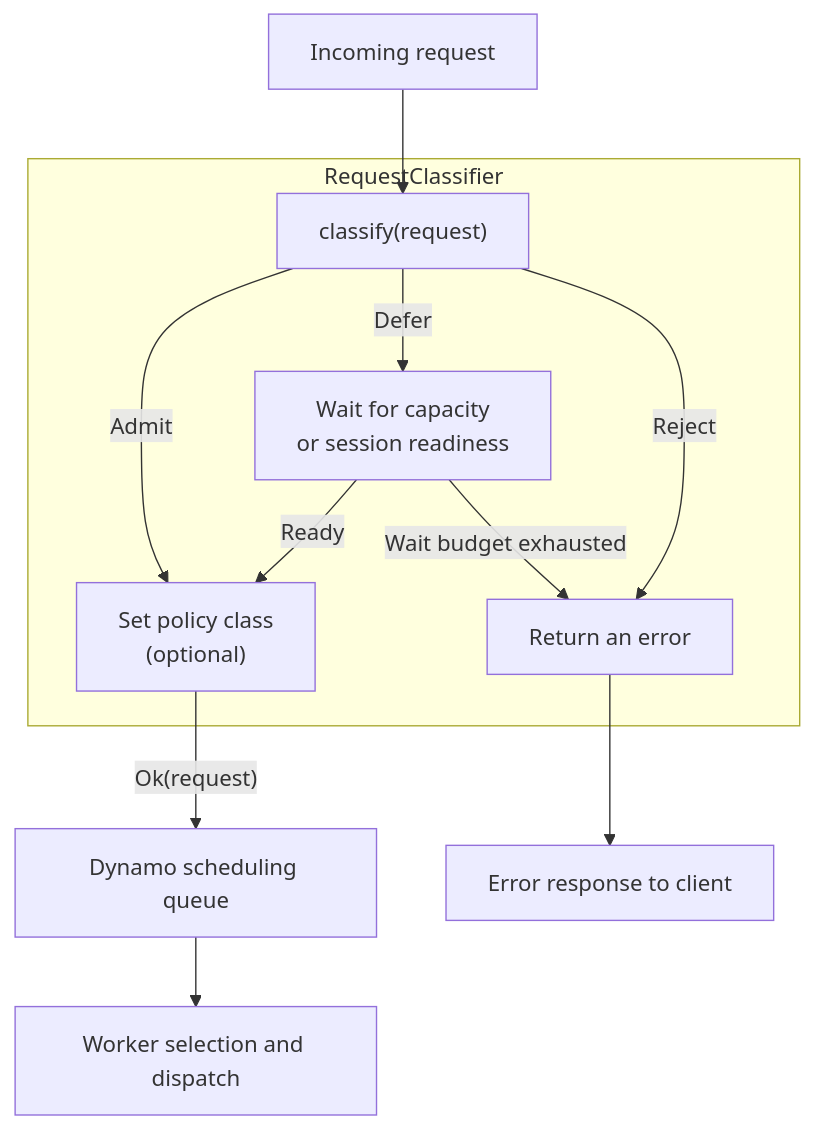
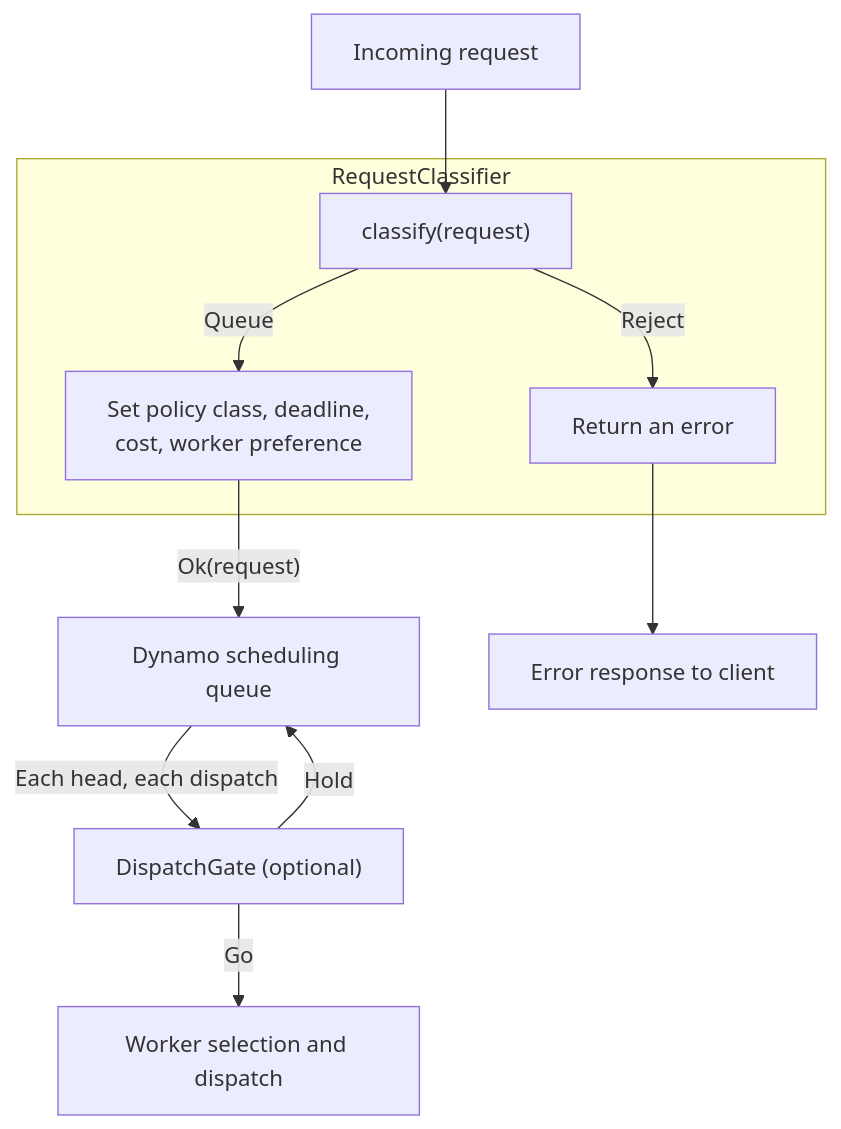
One commit to ai-dynamo/dynamo changed the diagram in docs/fern/pages/developer-guide/knowledge-base/modular-components/router/custom-admission-control.md. Above: the diagram before and after it, drawn with Mermaid. The commit also changed other lines of this file and 5 other files, not shown here.

First line of the commit message:
docs(router): dispatch gate, session lanes, and synchronous classify

````diff
--- a/docs/fern/pages/developer-guide/knowledge-base/modular-components/router/custom-admission-control.md
+++ b/docs/fern/pages/developer-guide/knowledge-base/modular-components/router/custom-admission-control.md
@@ -19,15 +19,14 @@
 ```mermaid
 flowchart TD
     Request["Incoming request"] --> Classify
     subgraph Plugin["RequestClassifier"]
         Classify["classify(request)"]
-        Classify -->|Admit| Settings["Set policy class<br/>(optional)"]
-        Classify -->|Defer| Wait["Wait for capacity<br/>or session readiness"]
-        Wait -->|Ready| Settings
+        Classify -->|Queue| Settings["Set policy class, deadline,<br/>cost, worker preference"]
         Classify -->|Reject| Error["Return an error"]
-        Wait -->|Wait budget exhausted| Error
     end
     Settings -->|"Ok(request)"| Queue["Dynamo scheduling queue"]
-    Queue --> Select["Worker selection and dispatch"]
+    Queue -->|"Each head, each dispatch"| Gate["DispatchGate (optional)"]
+    Gate -->|Go| Select["Worker selection and dispatch"]
+    Gate -->|Hold| Queue
     Error --> Client["Error response to client"]
 ```
````
